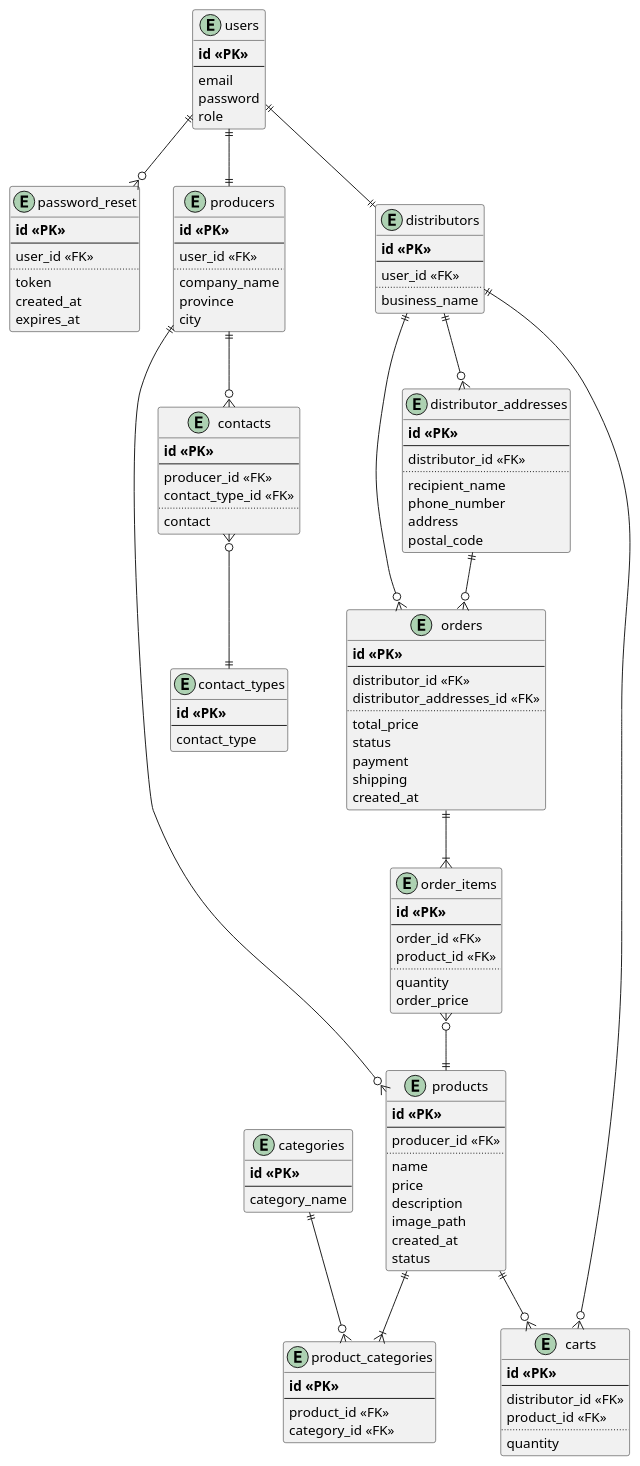
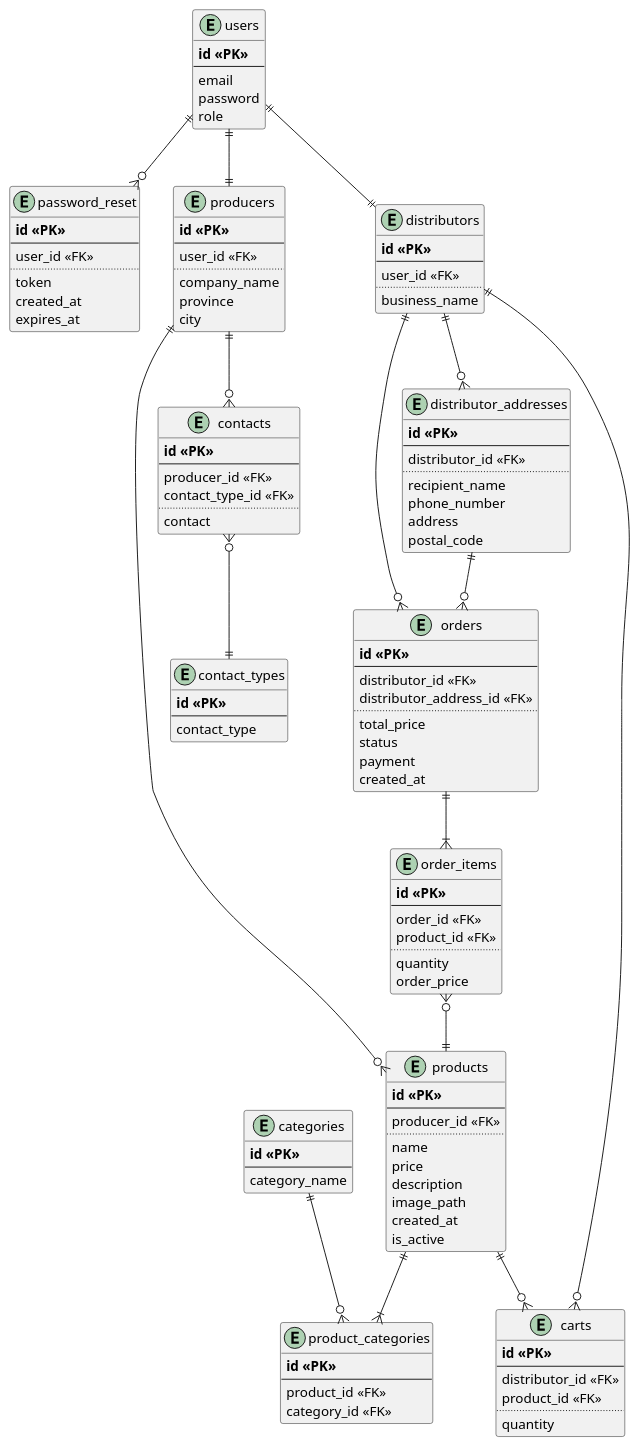
Before and after one commit to ilhamtkj/my-marketplace: the diagram in backups/db/erd.puml, drawn with PlantUML. The commit also changed 3 other files, not shown here.

```diff
--- a/backups/db/erd.puml
+++ b/backups/db/erd.puml
@@ -1,144 +1,143 @@
 @startuml
 
 entity users {
   **id <<PK>>**
   --
   email
   password
   role
 }
 
 entity password_reset {
   **id <<PK>>**
   --
   user_id <<FK>>
   ..
   token
   created_at
   expires_at
 }
 
 entity producers {
   **id <<PK>>**
   --
   user_id <<FK>>
   ..
   company_name
   province
   city
 }
 
 entity contacts {
   **id <<PK>>**
   --
   producer_id <<FK>>
   contact_type_id <<FK>>
   ..
   contact
 }
 
 entity contact_types {
   **id <<PK>>**
   --
   contact_type
 }
 
 entity products {
   **id <<PK>>**
   --
   producer_id <<FK>>
   ..
   name
   price
   description
   image_path
   created_at
-  status
+  is_active
 }
 
 entity product_categories {
   **id <<PK>>**
   --
   product_id <<FK>>
   category_id <<FK>>
 }
 
 entity categories {
   **id <<PK>>**
   --
   category_name
 }
 
 entity carts {
   **id <<PK>>**
   --
   distributor_id <<FK>>
   product_id <<FK>>
   ..
   quantity
 }
 
 entity distributors {
   **id <<PK>>**
   --
   user_id <<FK>>
   ..
   business_name
 }
 
 entity distributor_addresses {
   **id <<PK>>**
   --
   distributor_id <<FK>>
   ..
   recipient_name
   phone_number
   address
   postal_code
 }
 
 entity orders {
   **id <<PK>>**
   --
   distributor_id <<FK>>
-  distributor_addresses_id <<FK>>
+  distributor_address_id <<FK>>
   ..
   total_price
   status
   payment
-  shipping
   created_at
 }
 
 entity order_items {
   **id <<PK>>**
   --
   order_id <<FK>>
   product_id <<FK>>
   ..
   quantity
   order_price
 }
 
 /' relation '/
 users ||--o{ password_reset
 users ||--|| producers
 users ||--|| distributors
 
 producers ||--o{ contacts
 contacts }o--|| contact_types
 
 products ||--|{ product_categories
 categories ||--o{ product_categories
 producers ||--o{ products
 
 distributors ||--o{ distributor_addresses
 distributors ||--o{ orders
 distributor_addresses ||--o{ orders
 orders ||--|{ order_items
 order_items }o--|| products
 
 distributors ||--o{ carts
 products ||--o{ carts
 
 @enduml
```
